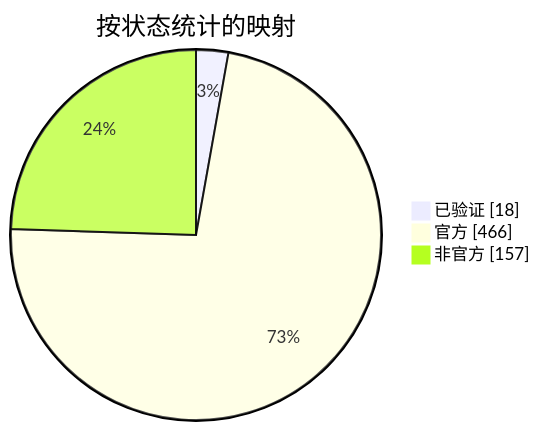
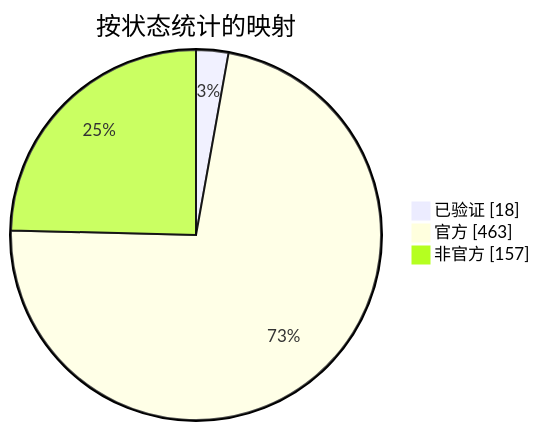
One commit to nobrega8/mbmap-library changed the diagram in docs/readme/README_ZHS.md. Above: the diagram before and after it, drawn with Mermaid. The commit also changed 10 other files, not shown here.

````diff
--- a/docs/readme/README_ZHS.md
+++ b/docs/readme/README_ZHS.md
@@ -54,7 +54,7 @@
 ```mermaid
 pie showData
     title 按状态统计的映射
     "已验证" : 18
-    "官方" : 466
+    "官方" : 463
     "非官方" : 157
 ```
````
